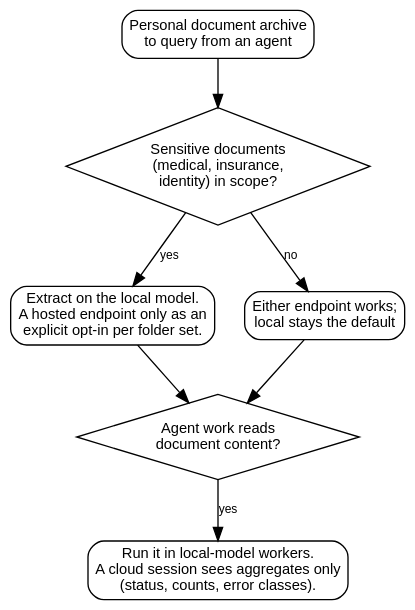
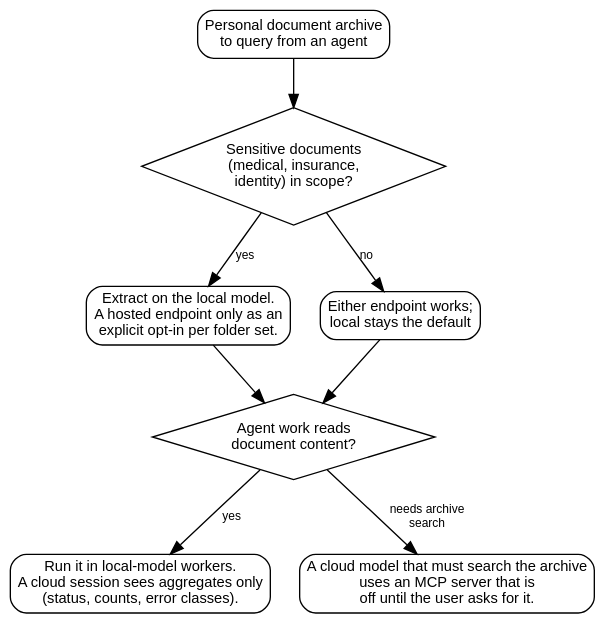
The fourth of 4 diagrams in src/content/docs/reference/personal-knowledge-graph-local-llm.mdx (erfianugrah/lexicanum), drawn with Graphviz before and after one commit. The commit also changed other lines of this file, not shown here.

Commit message:
docs(mnemosyne): whole pipeline end to end - entity resolution, query layer, full-text search, MCP, explorer, LAN exposure, CI, mistakes and what caught them, the Calibre removal, phase C

````diff
--- a/src/content/docs/reference/personal-knowledge-graph-local-llm.mdx
+++ b/src/content/docs/reference/personal-knowledge-graph-local-llm.mdx
@@ -291,22 +678,24 @@
 ```dot
 digraph {
   rankdir=TB; bgcolor="transparent"; nodesep=0.3; ranksep=0.5;
   fontname="Helvetica,Arial,sans-serif";
   node [fontname="Helvetica,Arial,sans-serif", fontsize=11, shape=diamond, margin="0.1,0.05"];
   edge [fontname="Helvetica,Arial,sans-serif", fontsize=9];
 
   start [label="Personal document archive\nto query from an agent", shape=box, style=rounded];
   q_priv [label="Sensitive documents\n(medical, insurance,\nidentity) in scope?"];
   q_agent [label="Agent work reads\ndocument content?"];
   r_local [label="Extract on the local model.\nA hosted endpoint only as an\nexplicit opt-in per folder set.", shape=box, style=rounded];
   r_any [label="Either endpoint works;\nlocal stays the default", shape=box, style=rounded];
   r_worker [label="Run it in local-model workers.\nA cloud session sees aggregates only\n(status, counts, error classes).", shape=box, style=rounded];
+  r_mcp [label="A cloud model that must search the archive\nuses an MCP server that is\noff until the user asks for it.", shape=box, style=rounded];
 
   start -> q_priv;
   q_priv -> r_local [label="yes"];
   q_priv -> r_any [label="no"];
   r_local -> q_agent;
   r_any -> q_agent;
   q_agent -> r_worker [label="yes"];
+  q_agent -> r_mcp [label="needs archive\nsearch"];
 }
 ```
````
